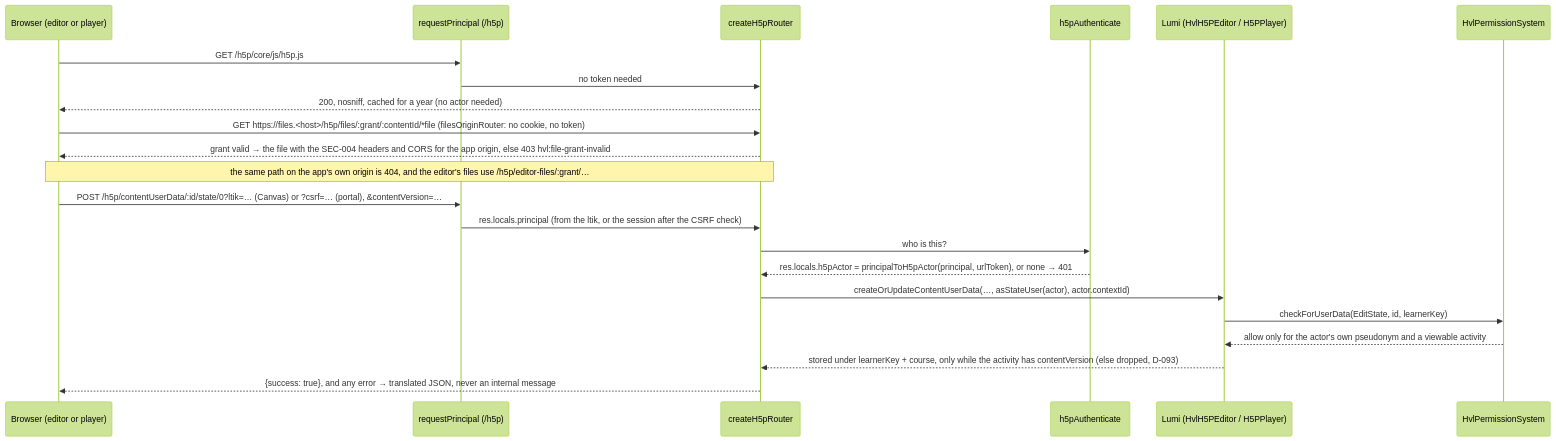
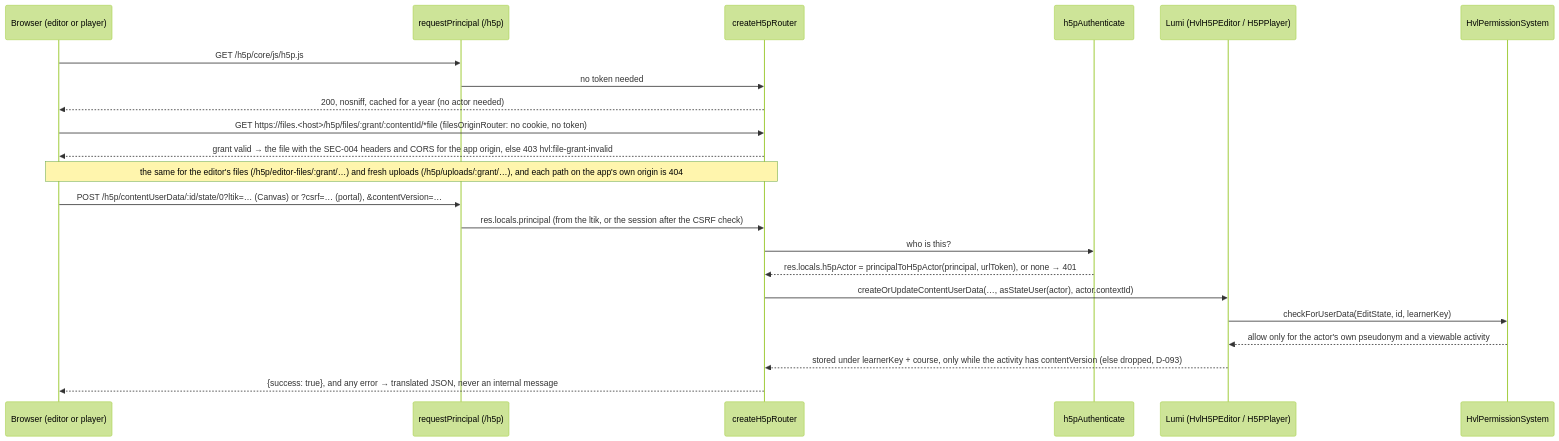
One commit to bobthebob58/HVL-INTERAKTIV changed the eighth of 11 diagrams in apps/server/README.md. Above: the diagram before and after it, drawn with Mermaid (forest theme). The commit also changed other lines of this file and 32 other files, not shown here.

````diff
--- a/apps/server/README.md
+++ b/apps/server/README.md
@@ -489,24 +490,24 @@
 ```mermaid
 sequenceDiagram
     participant B as Browser (editor or player)
     participant RP as requestPrincipal (/h5p)
     participant R as createH5pRouter
     participant A as h5pAuthenticate
     participant L as Lumi (HvlH5PEditor / H5PPlayer)
     participant P as HvlPermissionSystem
     B->>RP: GET /h5p/core/js/h5p.js
     RP->>R: no token needed
     R-->>B: 200, nosniff, cached for a year (no actor needed)
     B->>R: GET https://files.<host>/h5p/files/:grant/:contentId/*file (filesOriginRouter: no cookie, no token)
     R-->>B: grant valid → the file with the SEC-004 headers and CORS for the app origin, else 403 hvl:file-grant-invalid
-    Note over B,R: the same path on the app's own origin is 404, and the editor's files use /h5p/editor-files/:grant/…
+    Note over B,R: the same for the editor's files (/h5p/editor-files/:grant/…) and fresh uploads (/h5p/uploads/:grant/…), and each path on the app's own origin is 404
     B->>RP: POST /h5p/contentUserData/:id/state/0?ltik=… (Canvas) or ?csrf=… (portal), &contentVersion=…
     RP->>R: res.locals.principal (from the ltik, or the session after the CSRF check)
     R->>A: who is this?
     A-->>R: res.locals.h5pActor = principalToH5pActor(principal, urlToken), or none → 401
     R->>L: createOrUpdateContentUserData(…, asStateUser(actor), actor.contextId)
     L->>P: checkForUserData(EditState, id, learnerKey)
     P-->>L: allow only for the actor's own pseudonym and a viewable activity
     L-->>R: stored under learnerKey + course, only while the activity has contentVersion (else dropped, D-093)
     R-->>B: {success: true}, and any error → translated JSON, never an internal message
 ```
````
